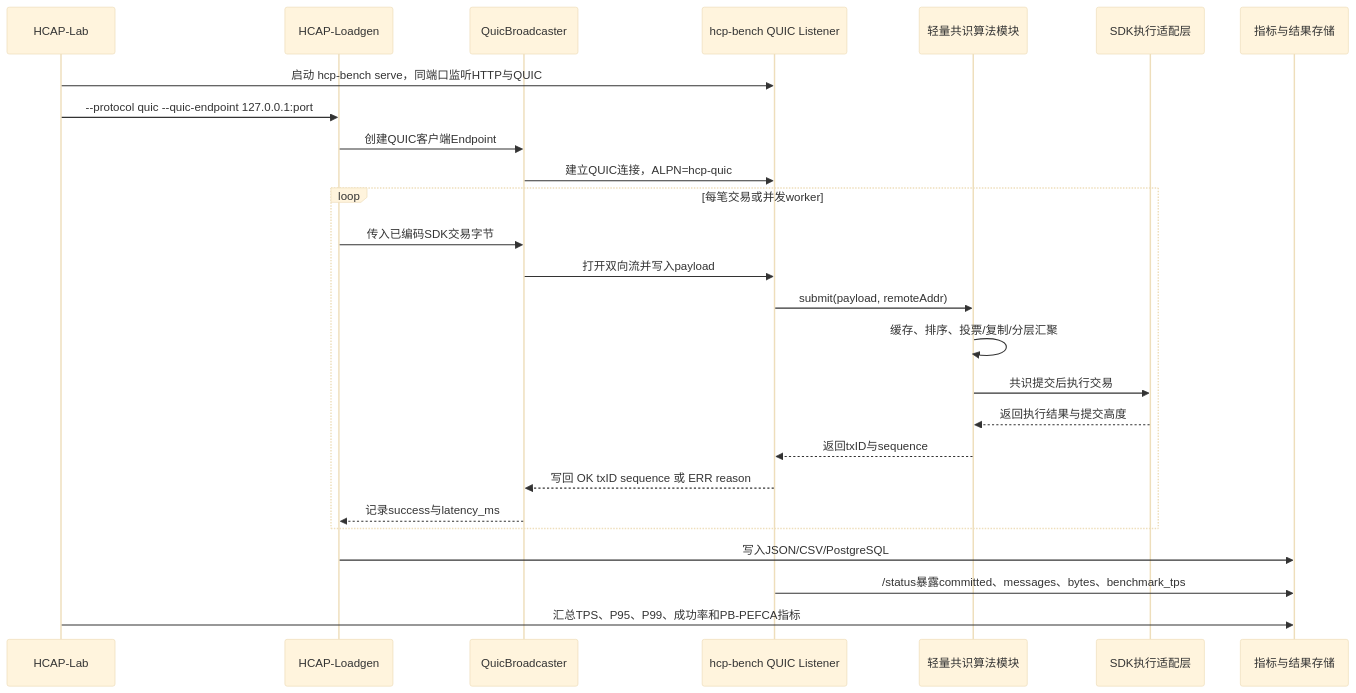
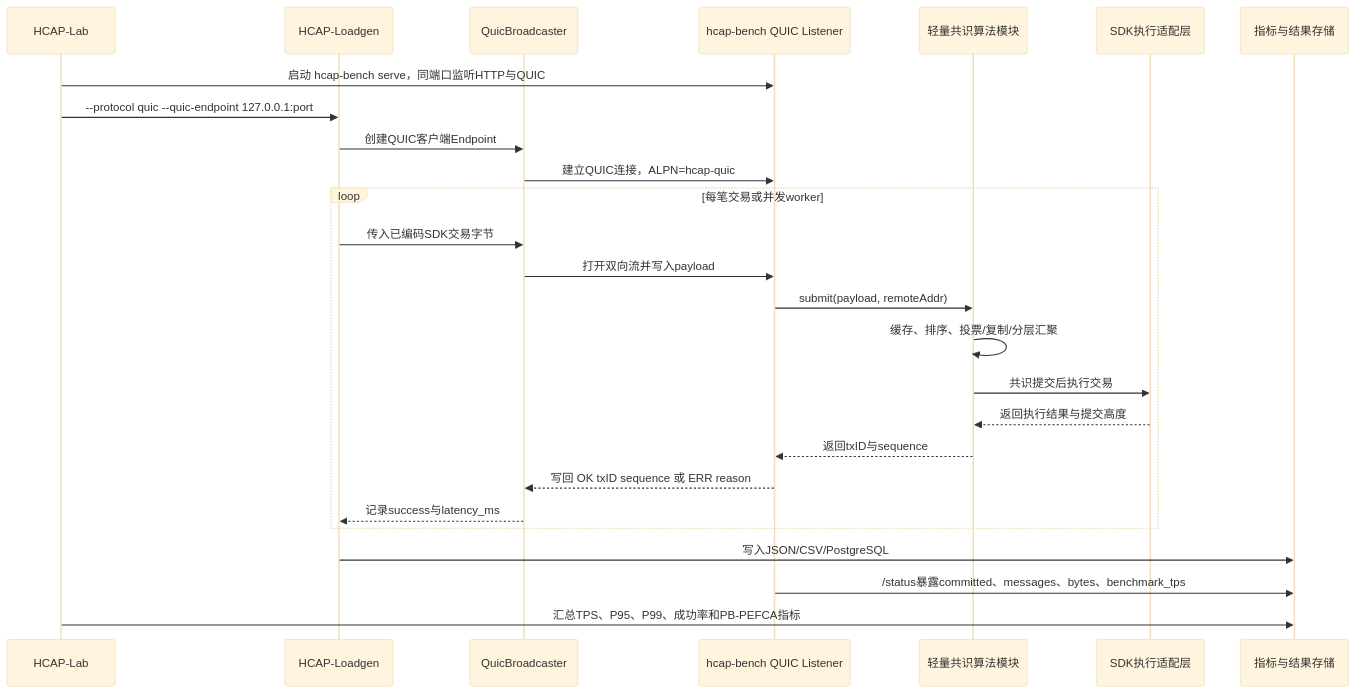
Before and after one commit to fffeng99999/hcp: the tenth of 10 diagrams in chapter4-mermaid/README.md, drawn with Mermaid (base theme). The commit also changed other lines of this file and 1 other file, not shown here.

````diff
--- a/chapter4-mermaid/README.md
+++ b/chapter4-mermaid/README.md
@@ -623,29 +623,29 @@
 ```mermaid
 sequenceDiagram
   participant Lab as HCAP-Lab
   participant Loadgen as HCAP-Loadgen
   participant QB as QuicBroadcaster
-  participant Bench as hcp-bench QUIC Listener
+  participant Bench as hcap-bench QUIC Listener
   participant Engine as 轻量共识算法模块
   participant Exec as SDK执行适配层
   participant Store as 指标与结果存储
 
-  Lab->>Bench: 启动 hcp-bench serve，同端口监听HTTP与QUIC
+  Lab->>Bench: 启动 hcap-bench serve，同端口监听HTTP与QUIC
   Lab->>Loadgen: --protocol quic --quic-endpoint 127.0.0.1:port
   Loadgen->>QB: 创建QUIC客户端Endpoint
-  QB->>Bench: 建立QUIC连接，ALPN=hcp-quic
+  QB->>Bench: 建立QUIC连接，ALPN=hcap-quic
   loop 每笔交易或并发worker
     Loadgen->>QB: 传入已编码SDK交易字节
     QB->>Bench: 打开双向流并写入payload
     Bench->>Engine: submit(payload, remoteAddr)
     Engine->>Engine: 缓存、排序、投票/复制/分层汇聚
     Engine->>Exec: 共识提交后执行交易
     Exec-->>Engine: 返回执行结果与提交高度
     Engine-->>Bench: 返回txID与sequence
     Bench-->>QB: 写回 OK txID sequence 或 ERR reason
     QB-->>Loadgen: 记录success与latency_ms
   end
   Loadgen->>Store: 写入JSON/CSV/PostgreSQL
   Bench->>Store: /status暴露committed、messages、bytes、benchmark_tps
   Lab->>Store: 汇总TPS、P95、P99、成功率和PB-PEFCA指标
 ```
````
